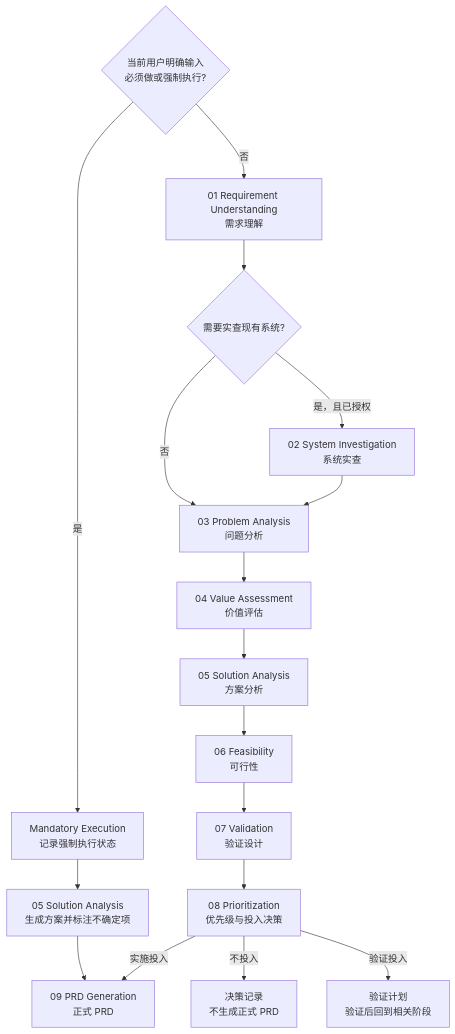
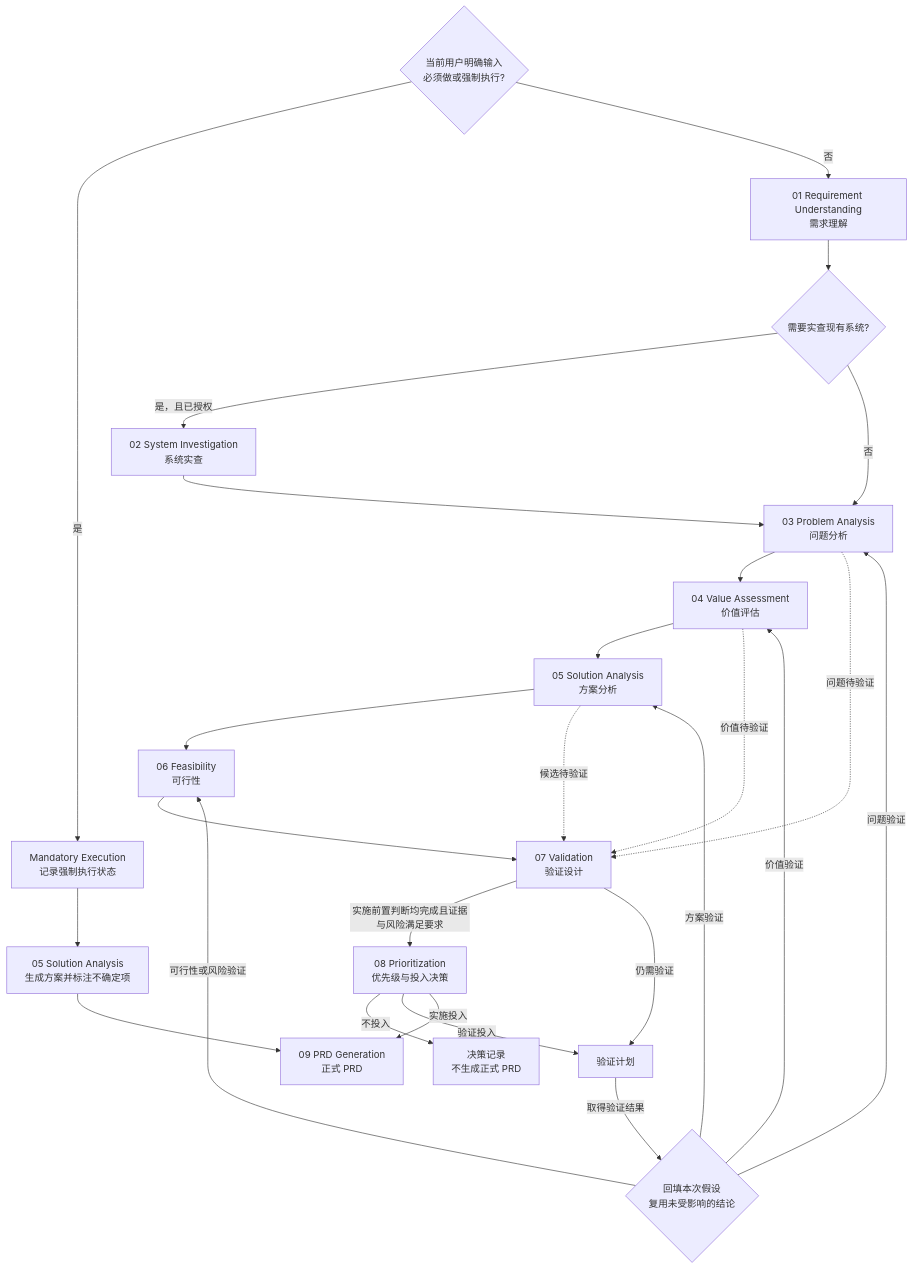
The diagram in README.md (sakura1412/read-her-heart), drawn with Mermaid before and after one commit. The commit also changed other lines of this file and 4 other files, not shown here.

````diff
--- a/README.md
+++ b/README.md
@@ -56,20 +56,29 @@
 ```mermaid
 flowchart TD
     M{当前用户明确输入<br/>必须做或强制执行?}
     M -->|是| X[Mandatory Execution<br/>记录强制执行状态]
     X --> Y[05 Solution Analysis<br/>生成方案并标注不确定项]
     Y --> L[09 PRD Generation<br/>根据方案生成 PRD]
     M -->|否| A[01 Requirement Understanding<br/>需求理解]
     A --> B{需要实查现有系统?}
     B -->|是，且已授权| C[02 System Investigation<br/>系统实查]
     B -->|否| D[03 Problem Analysis<br/>问题分析]
     C --> D
     D --> E[04 Value Assessment<br/>价值评估]
     E --> F[05 Solution Analysis<br/>方案分析]
     F --> G[06 Feasibility<br/>可行性]
     G --> H[07 Validation<br/>验证设计]
-    H --> I[08 Prioritization<br/>优先级与投入决策]
+    D -.->|问题待验证| H
+    E -.->|价值待验证| H
+    F -.->|候选待验证| H
+    H -->|实施前置判断均完成且证据与风险满足要求| I[08 Prioritization<br/>优先级与投入决策]
+    H -->|仍需验证| K[验证计划]
     I -->|不投入| J[决策记录<br/>不生成正式 PRD]
-    I -->|验证投入| K[验证计划<br/>验证后回到相关阶段]
+    I -->|验证投入| K
+    K -->|取得验证结果| R{回填本次假设<br/>复用未受影响的结论}
+    R -->|问题验证| D
+    R -->|价值验证| E
+    R -->|方案验证| F
+    R -->|可行性或风险验证| G
     I -->|实施投入| L[09 PRD Generation<br/>正式 PRD]
 ```
````
